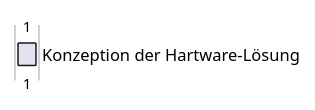
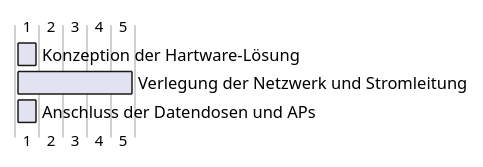
One commit to Martin1088/Plantuml-With-Screenreader changed the diagram in Examen/Sommer2022/TriStarHmbH.puml. Above: the diagram before and after it, drawn with PlantUML.

Commit message:
test mac Examen

```diff
--- a/Examen/Sommer2022/TriStarHmbH.puml
+++ b/Examen/Sommer2022/TriStarHmbH.puml
@@ -1,4 +1,7 @@
 @startgantt
 
 [Konzeption der Hartware-Lösung] lasts 1 days
+[Verlegung der Netzwerk und Stromleitung] lasts 5 days 
+[Anschluss der Datendosen und APs] lasts 1 days
+
 @endgantt
```
